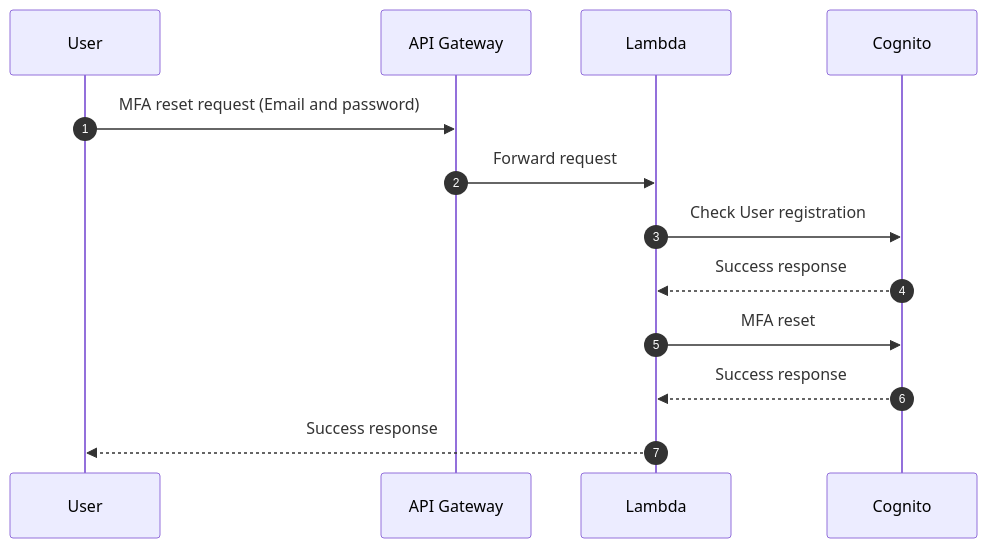
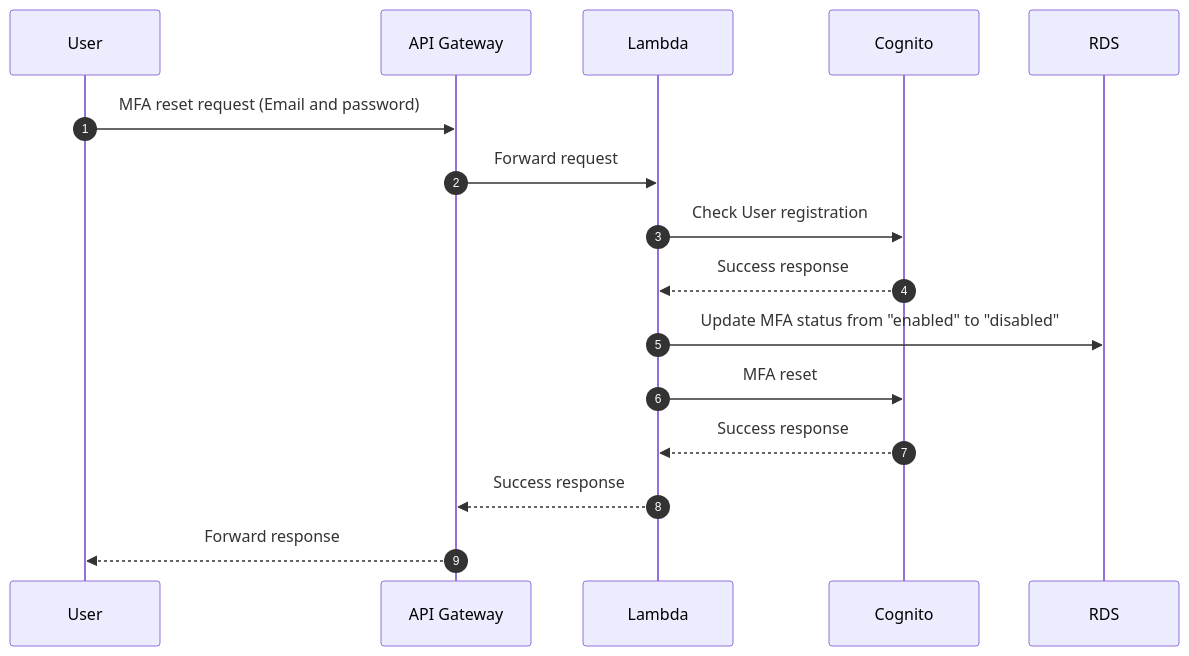
The fifth of 6 diagrams in docs/en/architecture/frontend_signup_signin_flow.md (oqtopus-team/oqtopus-cloud), drawn with Mermaid before and after one commit. The commit also changed other lines of this file and 25 other files, not shown here.

````diff
--- a/docs/en/architecture/frontend_signup_signin_flow.md
+++ b/docs/en/architecture/frontend_signup_signin_flow.md
@@ -102,16 +106,19 @@
 ```mermaid
 sequenceDiagram
     autonumber
     participant U as User
     participant AG as API Gateway
     participant L as Lambda
     participant C as Cognito
+    participant DB as RDS
 
     U->>AG: MFA reset request (Email and password)
     AG->>L: Forward request
     L->>C: Check User registration
     C-->>L: Success response
+    L->>DB: Update MFA status from "enabled" to "disabled"
     L->>C: MFA reset
     C-->>L: Success response
-    L-->>U: Success response
+    L-->>AG: Success response
+    AG-->>U: Forward response
 ```
````
